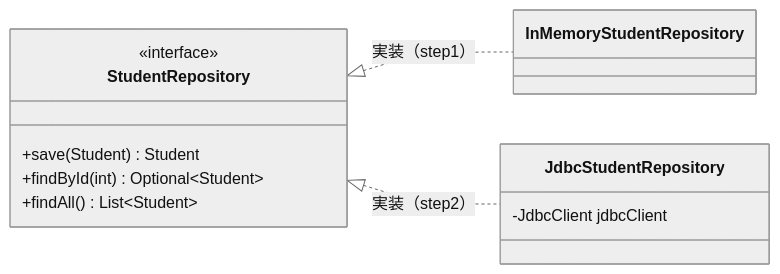
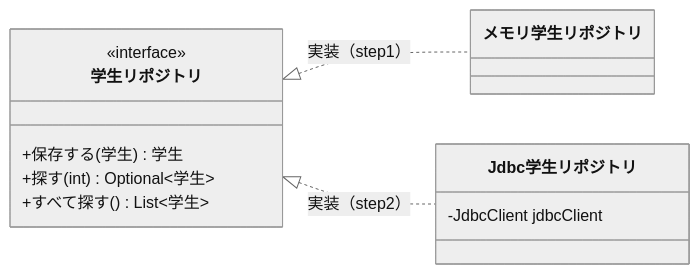
Before and after one commit to YTS0418/PRMN_SYSTEM_Lecture: the second of 3 diagrams in データベース/12_JavaからDBを使う_JDBC.md, drawn with Mermaid (neutral theme). The commit also changed other lines of this file and 14 other files, not shown here.

````diff
--- a/データベース/12_JavaからDBを使う_JDBC.md
+++ b/データベース/12_JavaからDBを使う_JDBC.md
@@ -282,16 +285,16 @@
 ```mermaid
 classDiagram
     direction LR
-    class StudentRepository {
+    class 学生リポジトリ {
         <<interface>>
-        +save(Student) Student
-        +findById(int) Optional~Student~
-        +findAll() List~Student~
+        +保存する(学生) 学生
+        +探す(int) Optional~学生~
+        +すべて探す() List~学生~
     }
-    class InMemoryStudentRepository
-    class JdbcStudentRepository {
+    class メモリ学生リポジトリ
+    class Jdbc学生リポジトリ {
         -JdbcClient jdbcClient
     }
-    StudentRepository <|.. InMemoryStudentRepository : 実装（step1）
-    StudentRepository <|.. JdbcStudentRepository : 実装（step2）
+    学生リポジトリ <|.. メモリ学生リポジトリ : 実装（step1）
+    学生リポジトリ <|.. Jdbc学生リポジトリ : 実装（step2）
 ```
````
